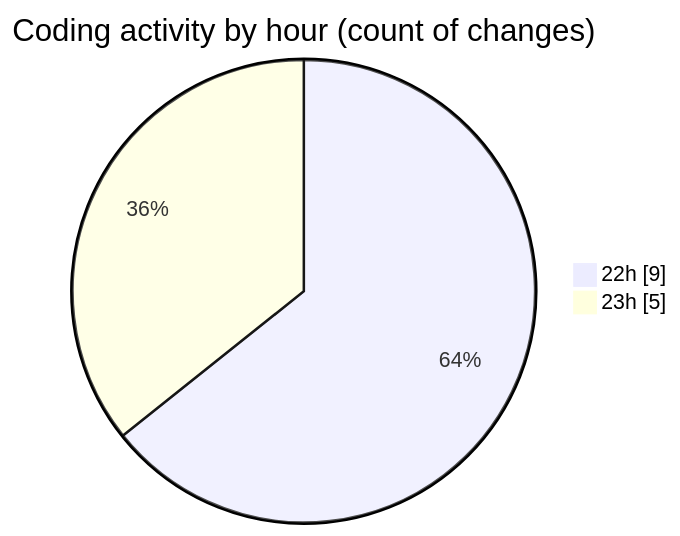
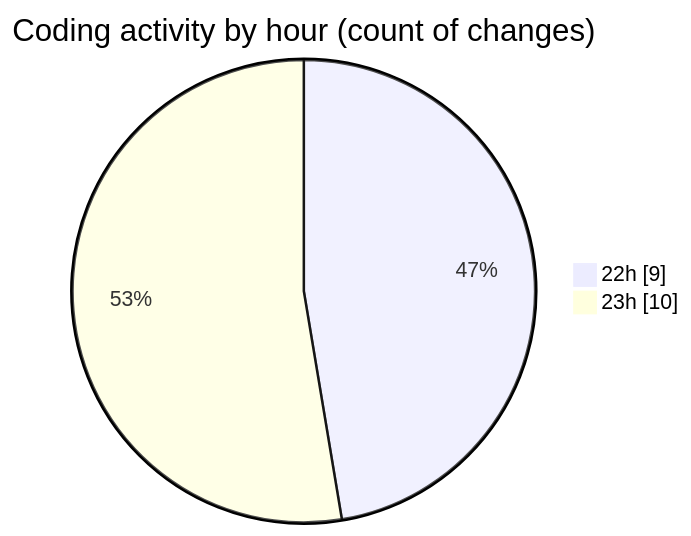
The second of 2 diagrams in 2025-08-31/abc2/README.md (IJAZ3593/code-tracking), drawn with Mermaid before and after one commit. The commit also changed other lines of this file and 1 other file, not shown here.

````diff
--- a/2025-08-31/abc2/README.md
+++ b/2025-08-31/abc2/README.md
@@ -36,6 +36,6 @@
 ```mermaid
 pie showData
 title Coding activity by hour (count of changes)
 "22h" : 9
-"23h" : 5
+"23h" : 10
 ```
````
